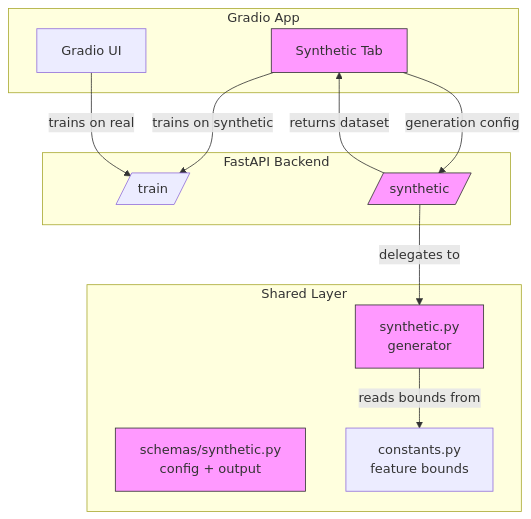
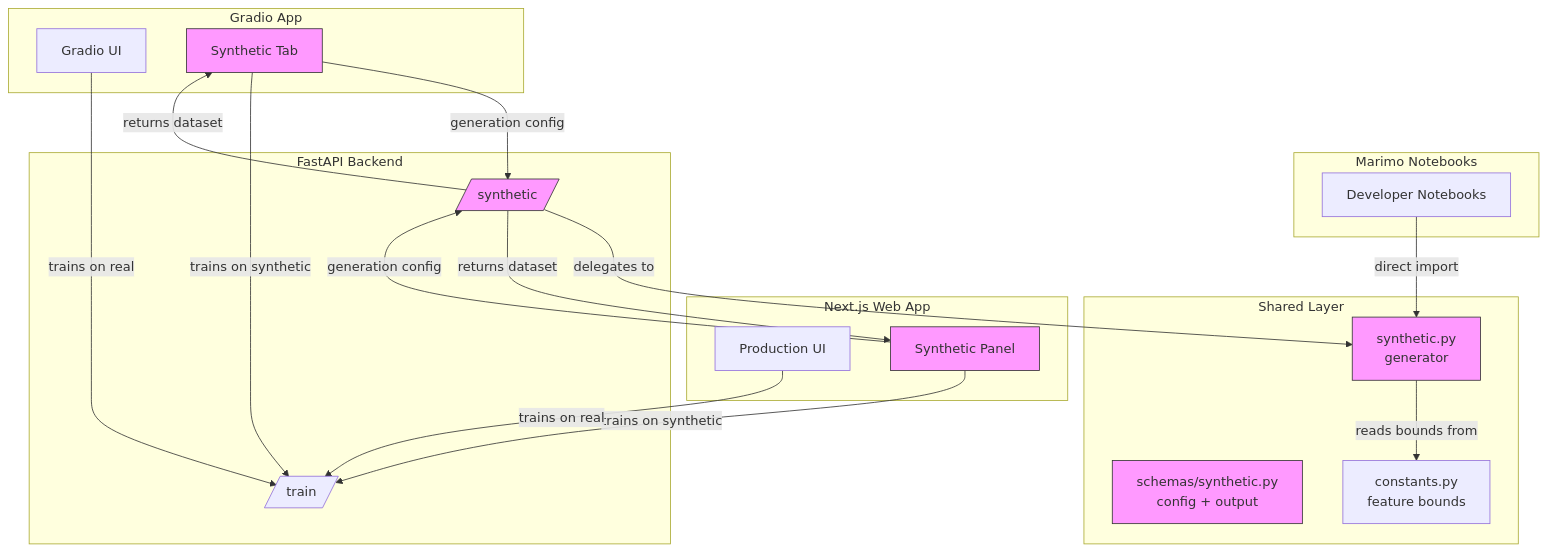
One commit to pkiage/tool-credit-risk-modelling changed the diagram in docs/0-RFCs/RFC-007-gradio-data-input-strategy.md. Above: the diagram before and after it, drawn with Mermaid. The commit also changed other lines of this file and 1 other file, not shown here.

First line of the commit message:
docs(rfc): broaden RFC-007 to platform-wide synthetic data strategy

````diff
--- a/docs/0-RFCs/RFC-007-gradio-data-input-strategy.md
+++ b/docs/0-RFCs/RFC-007-gradio-data-input-strategy.md
@@ -61,30 +71,45 @@
 ```mermaid
 flowchart TB
+    subgraph "Marimo Notebooks"
+        MN[Developer Notebooks]
+    end
+
     subgraph "Gradio App"
-        UI[Gradio UI]
-        ST[Synthetic Tab]
+        GU[Gradio UI]
+        GST[Synthetic Tab]
+    end
+
+    subgraph "Next.js Web App"
+        NX[Production UI]
+        NST[Synthetic Panel]
     end
 
     subgraph "FastAPI Backend"
         TE[/train/]
         SE[/synthetic/]
     end
 
     subgraph "Shared Layer"
         SG[synthetic.py<br/>generator]
         SC[schemas/synthetic.py<br/>config + output]
         CO[constants.py<br/>feature bounds]
     end
 
-    ST -- "generation config" --> SE
+    MN -- "direct import" --> SG
+    GST -- "generation config" --> SE
+    NST -- "generation config" --> SE
     SE -- "delegates to" --> SG
     SG -- "reads bounds from" --> CO
-    SE -- "returns dataset" --> ST
-    ST -- "trains on synthetic" --> TE
-    UI -- "trains on real" --> TE
+    SE -- "returns dataset" --> GST
+    SE -- "returns dataset" --> NST
+    GST -- "trains on synthetic" --> TE
+    NST -- "trains on synthetic" --> TE
+    GU -- "trains on real" --> TE
+    NX -- "trains on real" --> TE
 
-    style ST fill:#f9f,stroke:#333
+    style GST fill:#f9f,stroke:#333
+    style NST fill:#f9f,stroke:#333
     style SE fill:#f9f,stroke:#333
     style SG fill:#f9f,stroke:#333
     style SC fill:#f9f,stroke:#333
 ```
````
